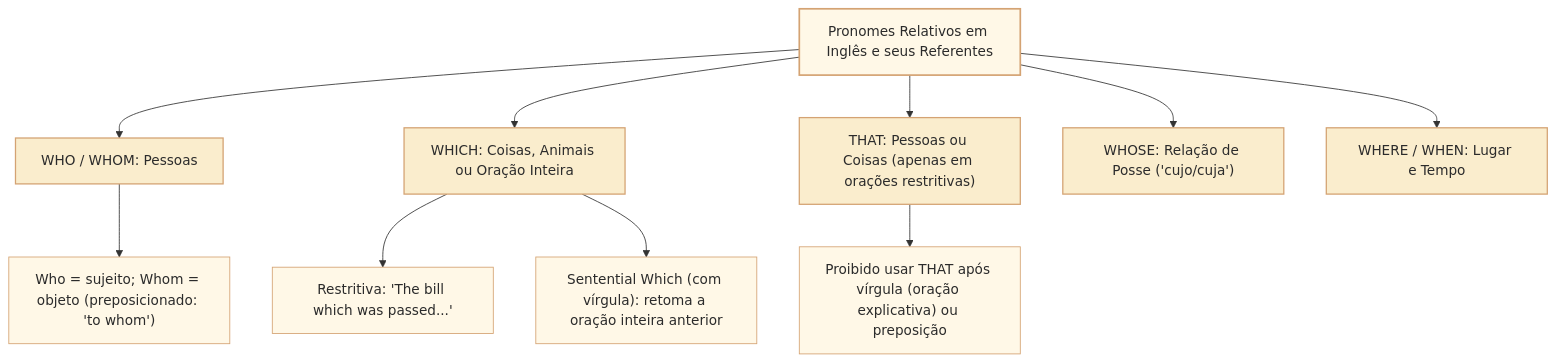
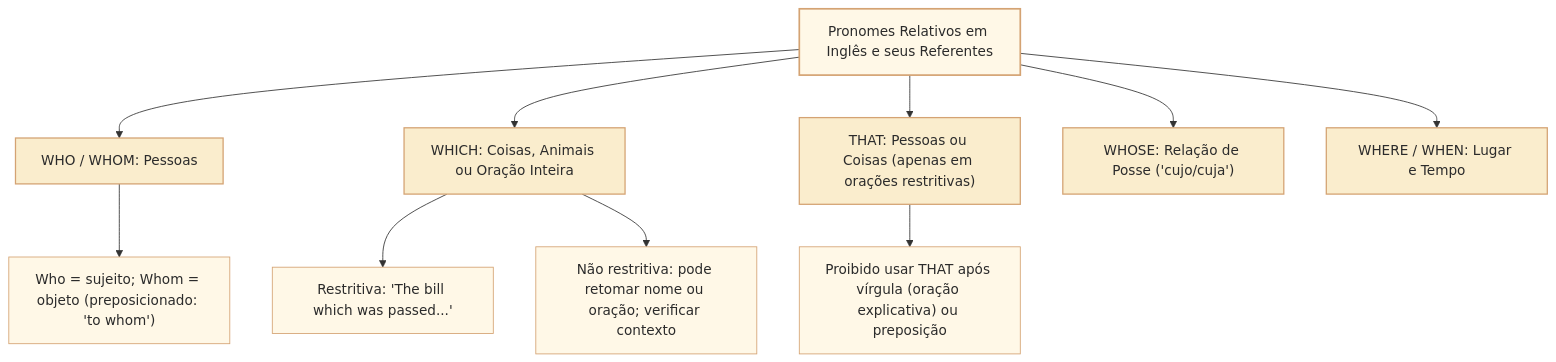
Before and after one commit to leorruas/concursos: the second of 2 diagrams in 3 - Materias/Ingles/09 - coesao referencial e referentes de pronomes.md, drawn with Mermaid. The commit also changed other lines of this file, not shown here.

Commit message:
fix(ingles): alinhar diagrama de which à regra contextual

````diff
--- a/3 - Materias/Ingles/09 - coesao referencial e referentes de pronomes.md
+++ b/3 - Materias/Ingles/09 - coesao referencial e referentes de pronomes.md
@@ -109,21 +109,21 @@
 ```mermaid
 flowchart TD
     A["Pronomes Relativos em Inglês e seus Referentes"] --> B["WHO / WHOM: Pessoas"]
     A --> C["WHICH: Coisas, Animais ou Oração Inteira"]
     A --> D["THAT: Pessoas ou Coisas (apenas em orações restritivas)"]
     A --> E["WHOSE: Relação de Posse ('cujo/cuja')"]
     A --> F["WHERE / WHEN: Lugar e Tempo"]
     
     B --> B1["Who = sujeito; Whom = objeto (preposicionado: 'to whom')"]
     C --> C1["Restritiva: 'The bill which was passed...'"]
-    C --> C2["Sentential Which (com vírgula): retoma a oração inteira anterior"]
+    C --> C2["Não restritiva: pode retomar nome ou oração; verificar contexto"]
     D --> D1["Proibido usar THAT após vírgula (oração explicativa) ou preposição"]
 
     classDef raiz fill:#fff8e7,stroke:#d4a373,color:#2b2b2b,stroke-width:2px;
     classDef ramo fill:#faedcd,stroke:#d4a373,color:#2b2b2b,stroke-width:1.5px;
     classDef folha fill:#fff8e7,stroke:#d4a373,color:#2b2b2b,stroke-width:1px;
 
     class A raiz;
     class B,C,D,E,F ramo;
     class B1,C1,C2,D1 folha;
 ```
````
